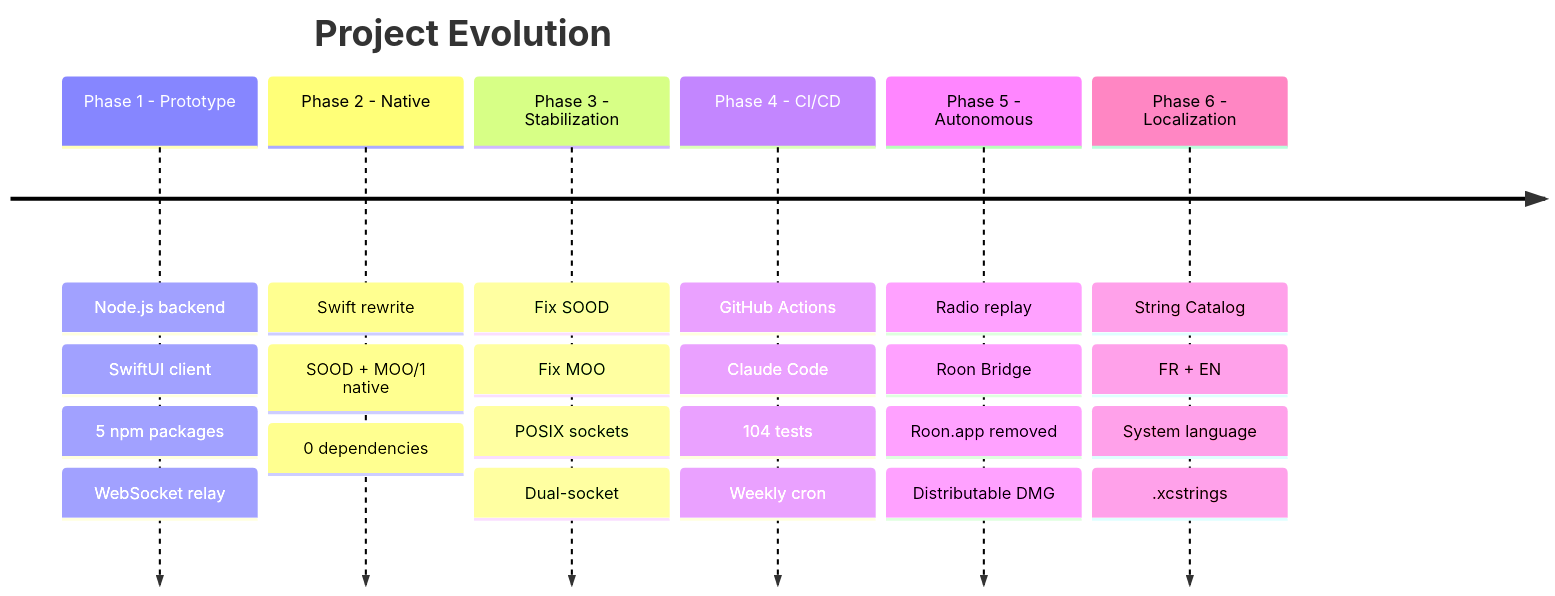
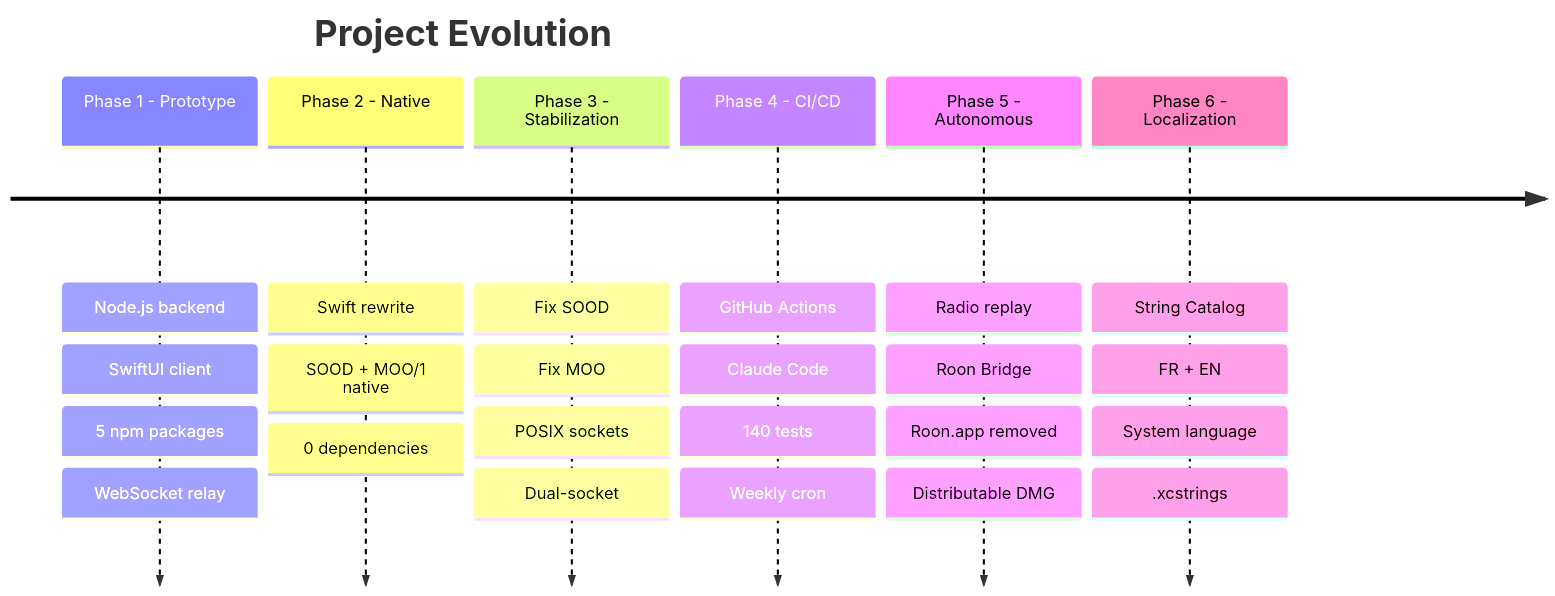
Before and after one commit to renesenses/roon-controller: the seventh of 7 diagrams in docs/PRESENTATION.en.md, drawn with Mermaid. The commit also changed 5 other files, not shown here.

First line of the commit message:
Update docs with Mermaid diagrams, Homebrew workflow, and test counts

````diff
--- a/docs/PRESENTATION.en.md
+++ b/docs/PRESENTATION.en.md
@@ -445,10 +445,10 @@
 ```mermaid
 timeline
     title Project Evolution
     Phase 1 - Prototype : Node.js backend : SwiftUI client : 5 npm packages : WebSocket relay
     Phase 2 - Native : Swift rewrite : SOOD + MOO/1 native : 0 dependencies
     Phase 3 - Stabilization : Fix SOOD : Fix MOO : POSIX sockets : Dual-socket
-    Phase 4 - CI/CD : GitHub Actions : Claude Code : 104 tests : Weekly cron
+    Phase 4 - CI/CD : GitHub Actions : Claude Code : 140 tests : Weekly cron
     Phase 5 - Autonomous : Radio replay : Roon Bridge : Roon.app removed : Distributable DMG
     Phase 6 - Localization : String Catalog : FR + EN : System language : .xcstrings
 ```
````
